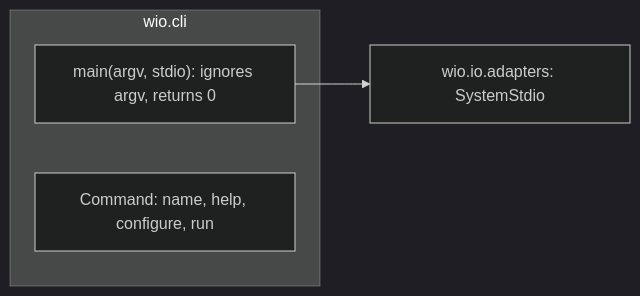
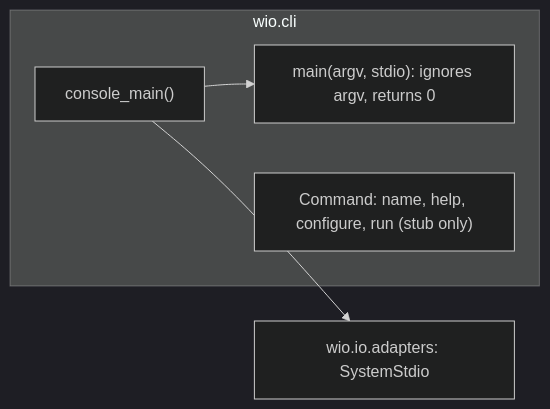
The first of 2 diagrams in .agents/wio/works/cli/README.md (msitarz/wio), drawn with Mermaid (dark theme) before and after one commit. The commit also changed other lines of this file and 2 other files, not shown here.

First line of the commit message:
docs: revise the wio command line Work after its first contract review

````diff
--- a/.agents/wio/works/cli/README.md
+++ b/.agents/wio/works/cli/README.md
@@ -96,9 +110,11 @@
 ```mermaid
 flowchart LR
     subgraph cli["wio.cli"]
+        console["console_main()"]
         main["main(argv, stdio): ignores argv, returns 0"]
-        command["Command: name, help, configure, run"]
+        command["Command: name, help, configure, run (stub only)"]
     end
-    stdio["wio.io.adapters: SystemStdio"]
-    main --> stdio
+    adapter["wio.io.adapters: SystemStdio"]
+    console --> adapter
+    console --> main
 ```
````
